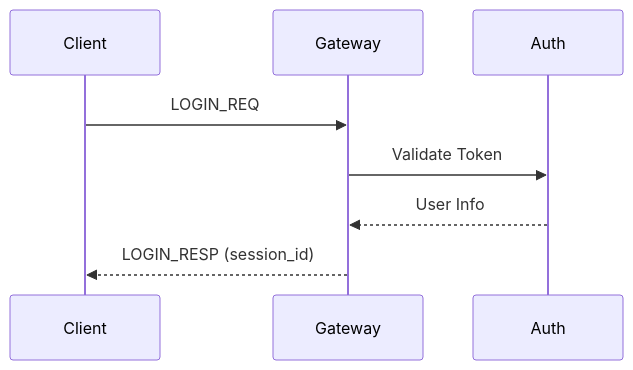
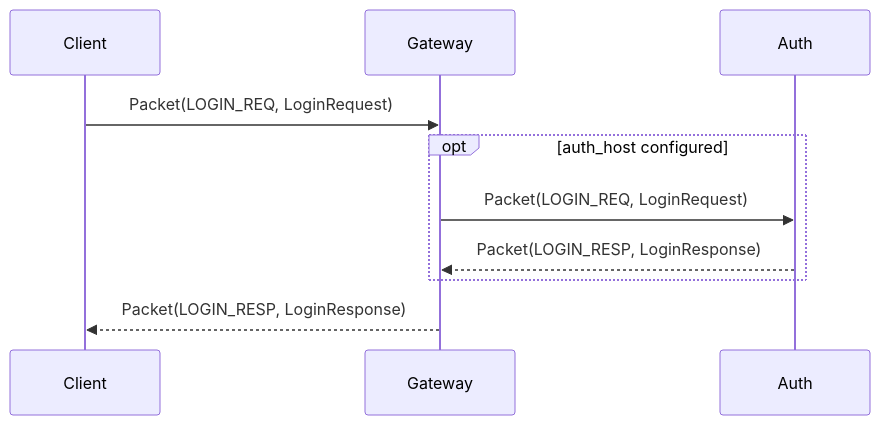
One commit to cuihairu/chirp changed the first of 3 diagrams in docs/api/overview.md. Above: the diagram before and after it, drawn with Mermaid. The commit also changed other lines of this file and 18 other files, not shown here.

Commit message:
docs: align architecture and capability docs

````diff
--- a/docs/api/overview.md
+++ b/docs/api/overview.md
@@ -90,11 +93,13 @@
 ```mermaid
 sequenceDiagram
     participant C as Client
     participant G as Gateway
     participant A as Auth
 
-    C->>G: LOGIN_REQ
-    G->>A: Validate Token
-    A-->>G: User Info
-    G-->>C: LOGIN_RESP (session_id)
+    C->>G: Packet(LOGIN_REQ, LoginRequest)
+    opt auth_host configured
+        G->>A: Packet(LOGIN_REQ, LoginRequest)
+        A-->>G: Packet(LOGIN_RESP, LoginResponse)
+    end
+    G-->>C: Packet(LOGIN_RESP, LoginResponse)
 ```
````
